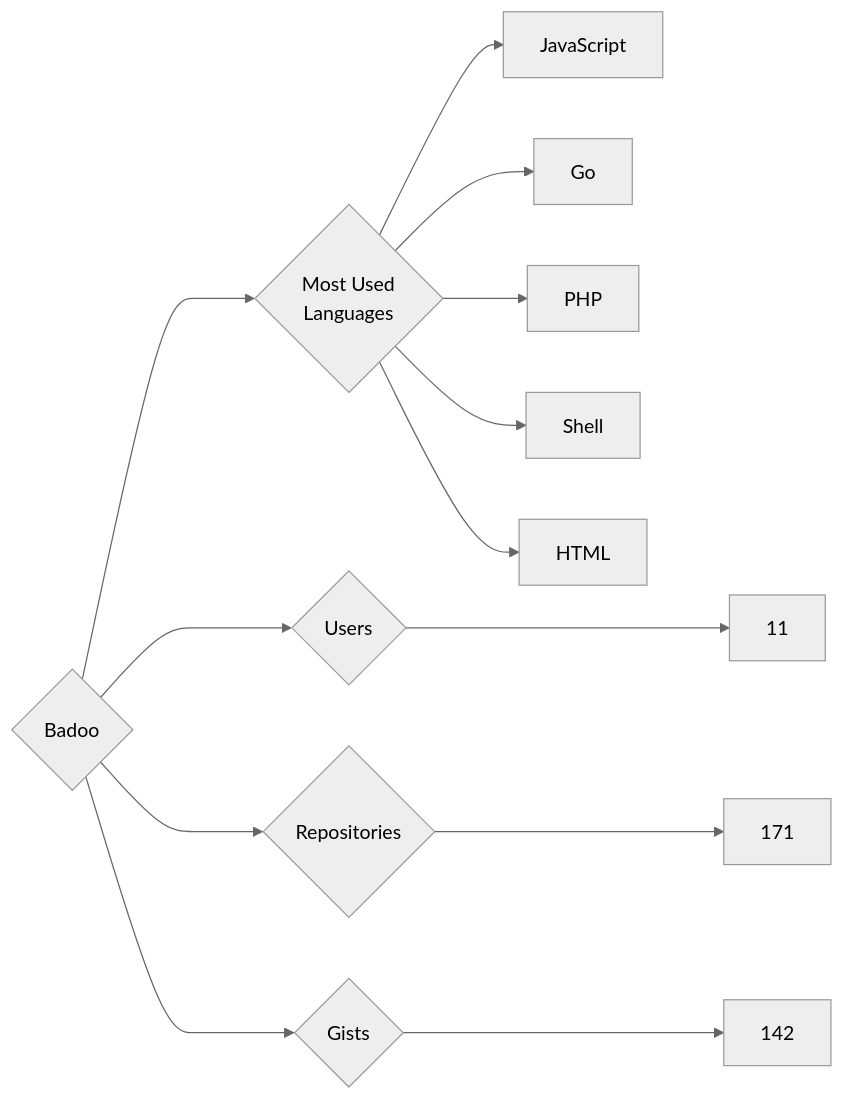
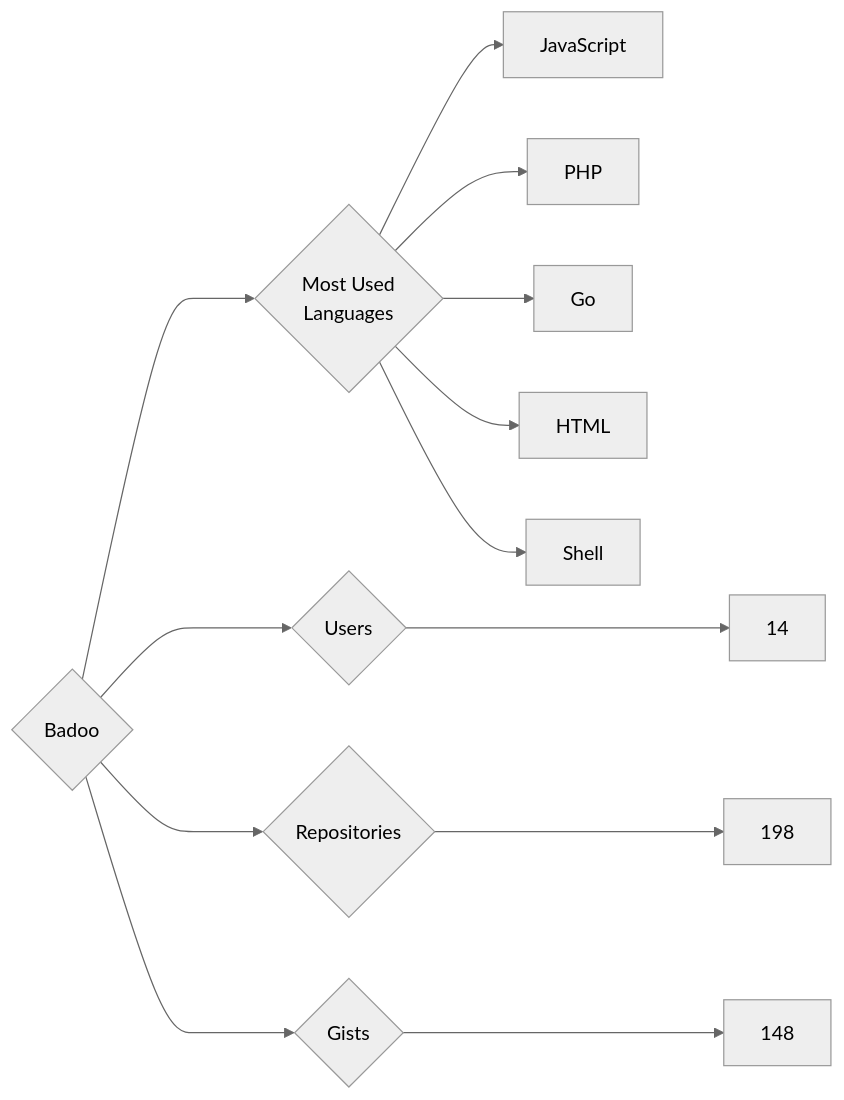
Before and after one commit to trickest/insiders: the diagram in targets/Badoo/README.md, drawn with Mermaid (neutral theme). The commit also changed 823 other files, not shown here.

````diff
--- a/targets/Badoo/README.md
+++ b/targets/Badoo/README.md
@@ -3,13 +3,13 @@
 ```mermaid
 graph LR
 COMPANY_NAME{Badoo}
-COMPANY_NAME ---> U{Users} ---> UN[11]
-COMPANY_NAME ---> R{Repositories} ---> RN[171]
-COMPANY_NAME ---> G{Gists} ---> GN[142]
+COMPANY_NAME ---> U{Users} ---> UN[14]
+COMPANY_NAME ---> R{Repositories} ---> RN[198]
+COMPANY_NAME ---> G{Gists} ---> GN[148]
 COMPANY_NAME ---> ML{Most Used<br>Languages}
 ML --> JavaScript[JavaScript]
+ML --> PHP[PHP]
 ML --> Go[Go]
-ML --> PHP[PHP]
+ML --> HTML[HTML]
 ML --> Shell[Shell]
-ML --> HTML[HTML]
 ```
````
